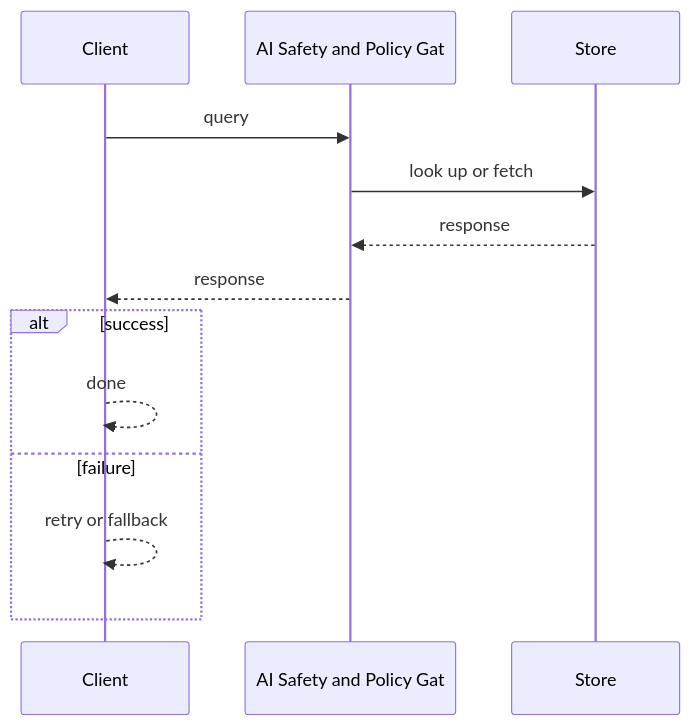
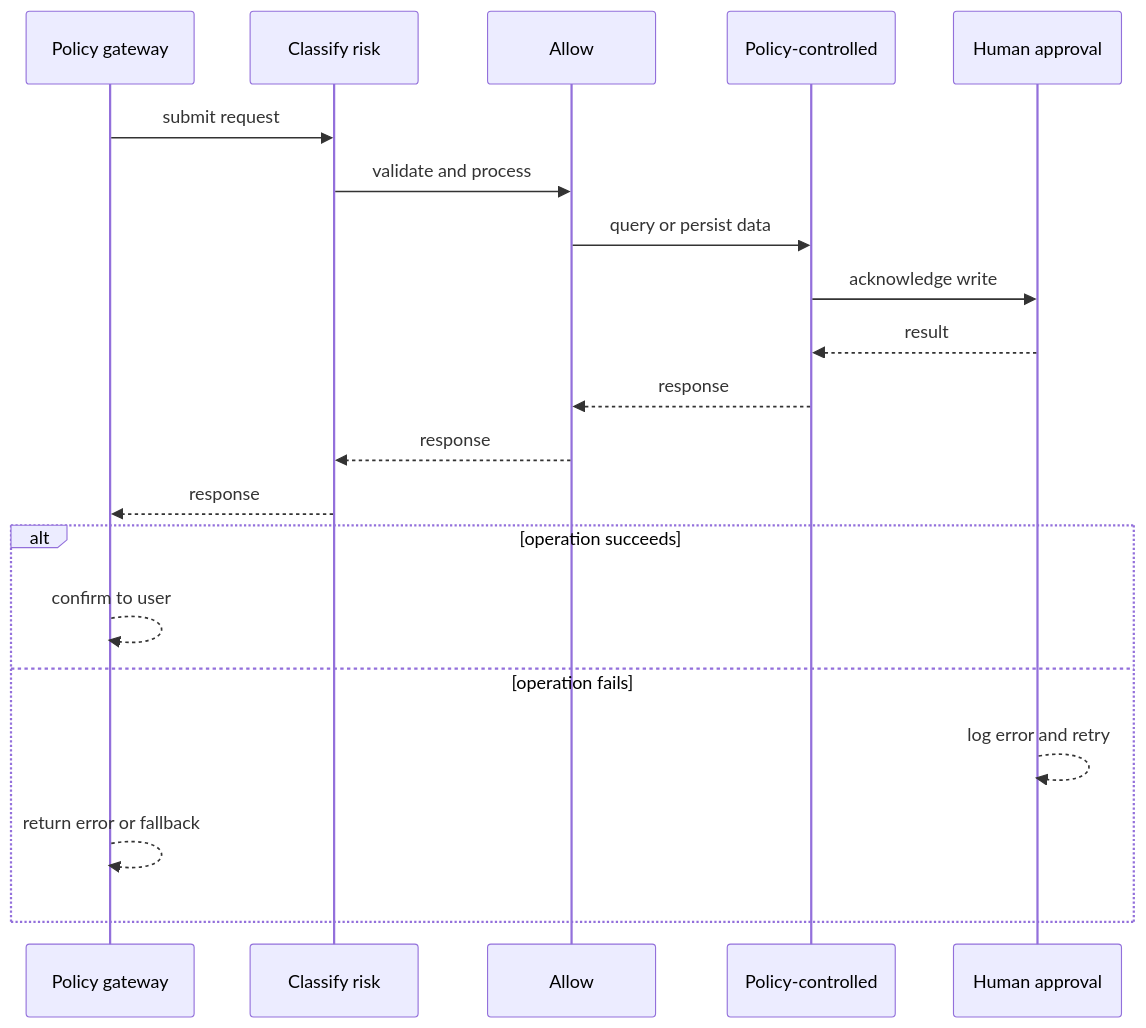
One commit to RIT-MESH/system-design-mastery changed the diagram in diagrams/case-studies/ai-safety-policy-gateway/request-sequence.mmd. Above: the diagram before and after it, drawn with Mermaid. The commit also changed 127 other files, not shown here.

First line of the commit message:
Improve all case study diagrams: case-specific sequences, fix truncated labels

```diff
--- a/diagrams/case-studies/ai-safety-policy-gateway/request-sequence.mmd
+++ b/diagrams/case-studies/ai-safety-policy-gateway/request-sequence.mmd
@@ -1,14 +1,21 @@
 %% created-for: system-design-mastery
 sequenceDiagram
-  participant P0 as Client
-  participant P1 as AI Safety and Policy Gat
-  participant P2 as Store
-  P0 ->> P1: query
-  P1 ->> P2: look up or fetch
+  participant P0 as Policy gateway
+  participant P1 as Classify risk
+  participant P2 as Allow
+  participant P3 as Policy-controlled
+  participant P4 as Human approval
+  P0 ->> P1: submit request
+  P1 ->> P2: validate and process
+  P2 ->> P3: query or persist data
+  P3 ->> P4: acknowledge write
+  P4 -->> P3: result
+  P3 -->> P2: response
   P2 -->> P1: response
   P1 -->> P0: response
-  alt success
-    P0 -->> P0: done
-  else failure
-    P0 -->> P0: retry or fallback
+  alt operation succeeds
+    P0 -->> P0: confirm to user
+  else operation fails
+    P4 -->> P4: log error and retry
+    P0 -->> P0: return error or fallback
   end
```
